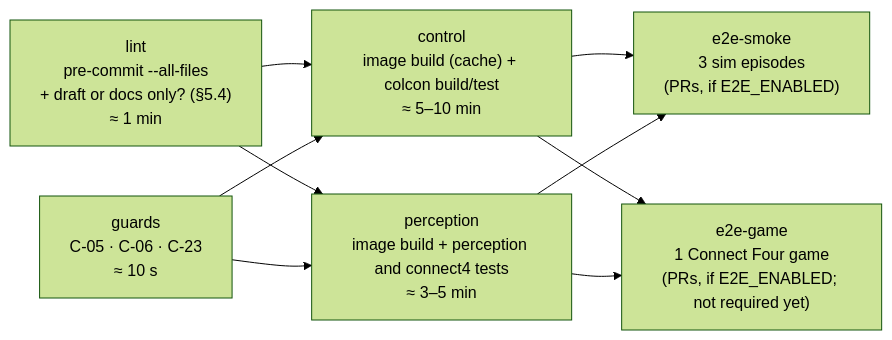
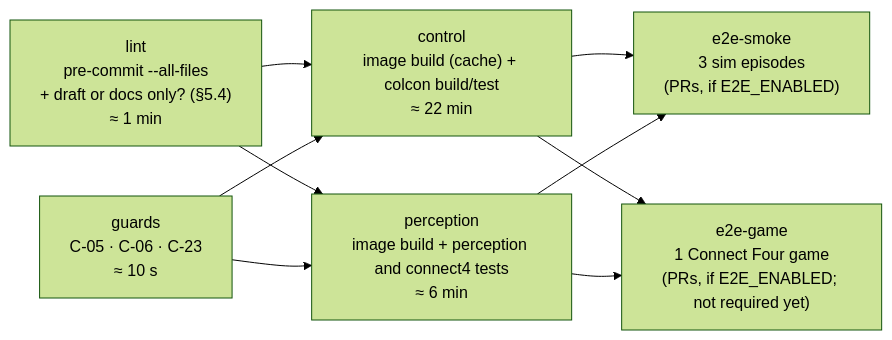
One commit to FoxaxeWasTaken/Robotics changed the second of 4 diagrams in docs/project/14_quality_pipeline_ci.md. Above: the diagram before and after it, drawn with Mermaid (forest theme). The commit also changed other lines of this file and 25 other files, not shown here.

````diff
--- a/docs/project/14_quality_pipeline_ci.md
+++ b/docs/project/14_quality_pipeline_ci.md
@@ -114,13 +114,13 @@
 ```mermaid
 flowchart LR
   A["lint<br/>pre-commit --all-files<br/>+ draft or docs only? (§5.4)<br/>≈ 1 min"] --> C
   B["guards<br/>C-05 · C-06 · C-23<br/>≈ 10 s"] --> C
   A --> P
   B --> P
-  C["control<br/>image build (cache) + colcon build/test<br/>≈ 5–10 min"] --> E
-  P["perception<br/>image build + perception and connect4 tests<br/>≈ 3–5 min"] --> E
+  C["control<br/>image build (cache) + colcon build/test<br/>≈ 22 min"] --> E
+  P["perception<br/>image build + perception and connect4 tests<br/>≈ 6 min"] --> E
   E["e2e-smoke<br/>3 sim episodes<br/>(PRs, if E2E_ENABLED)"]
   C --> G
   P --> G
   G["e2e-game<br/>1 Connect Four game<br/>(PRs, if E2E_ENABLED; not required yet)"]
 ```
````
